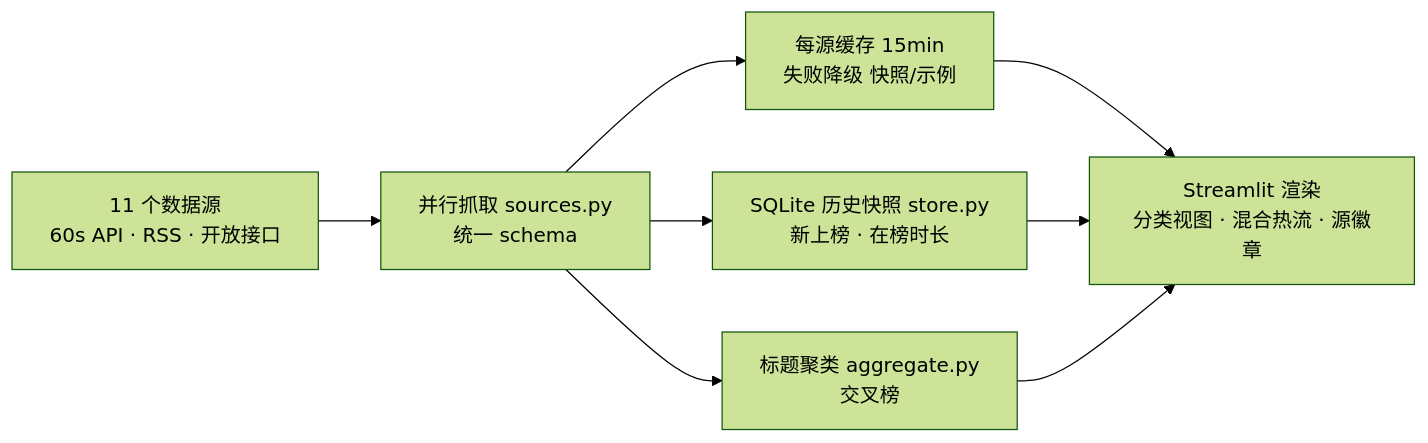
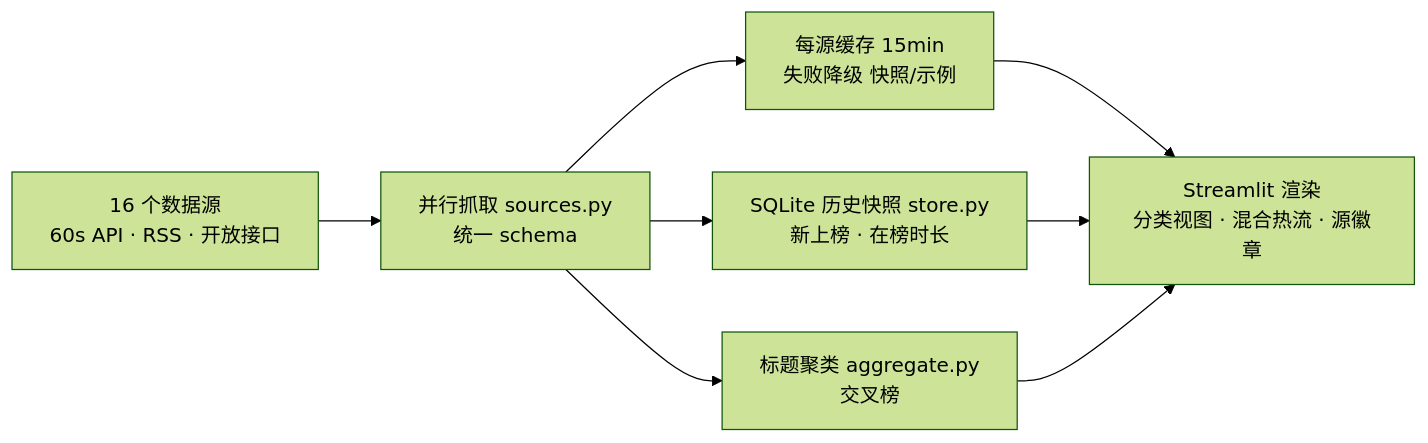
The diagram in README.zh-CN.md (Mocas-12/baiduhotsearch), drawn with Mermaid (forest theme) before and after one commit. The commit also changed other lines of this file and 4 other files, not shown here.

````diff
--- a/README.zh-CN.md
+++ b/README.zh-CN.md
@@ -74,10 +76,10 @@
 ```mermaid
 flowchart LR
-    A[11 个数据源<br/>60s API · RSS · 开放接口] --> B[并行抓取 sources.py<br/>统一 schema]
+    A[16 个数据源<br/>60s API · RSS · 开放接口] --> B[并行抓取 sources.py<br/>统一 schema]
     B --> C[每源缓存 15min<br/>失败降级 快照/示例]
     B --> D[SQLite 历史快照 store.py<br/>新上榜 · 在榜时长]
     B --> E[标题聚类 aggregate.py<br/>交叉榜]
     C --> F[Streamlit 渲染<br/>分类视图 · 混合热流 · 源徽章]
     D --> F
     E --> F
 ```
````
